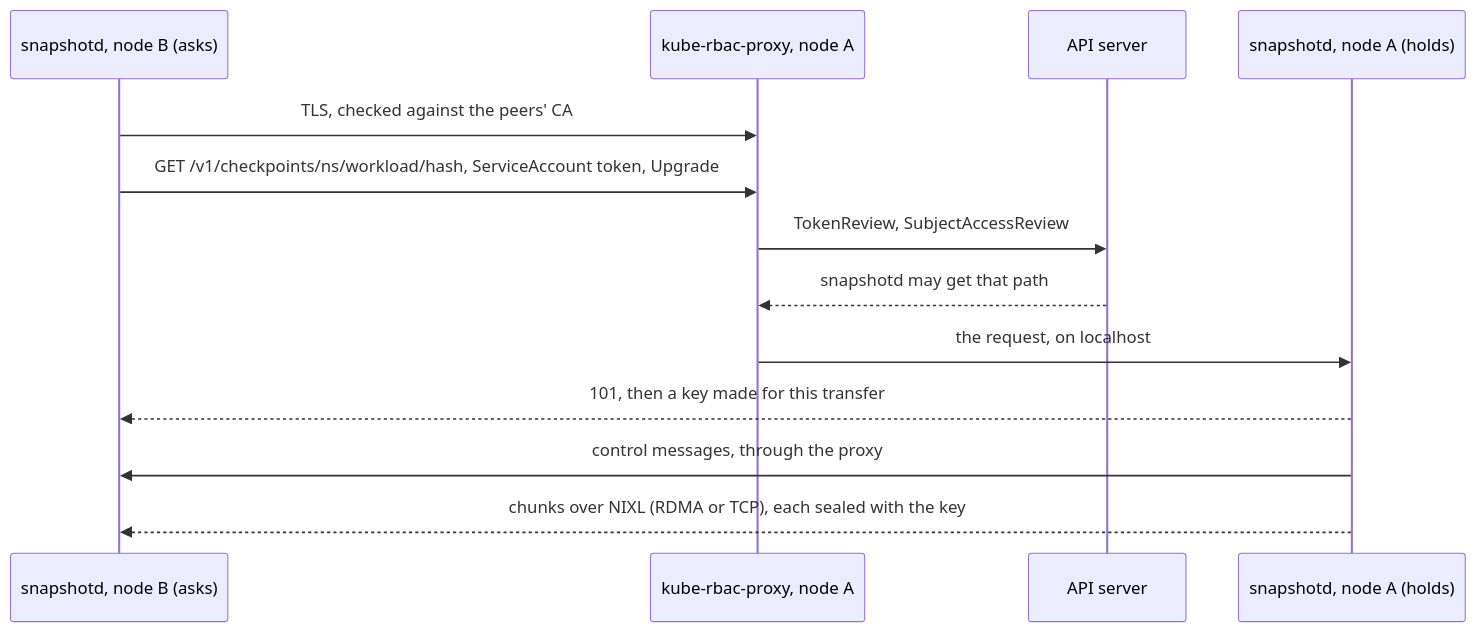
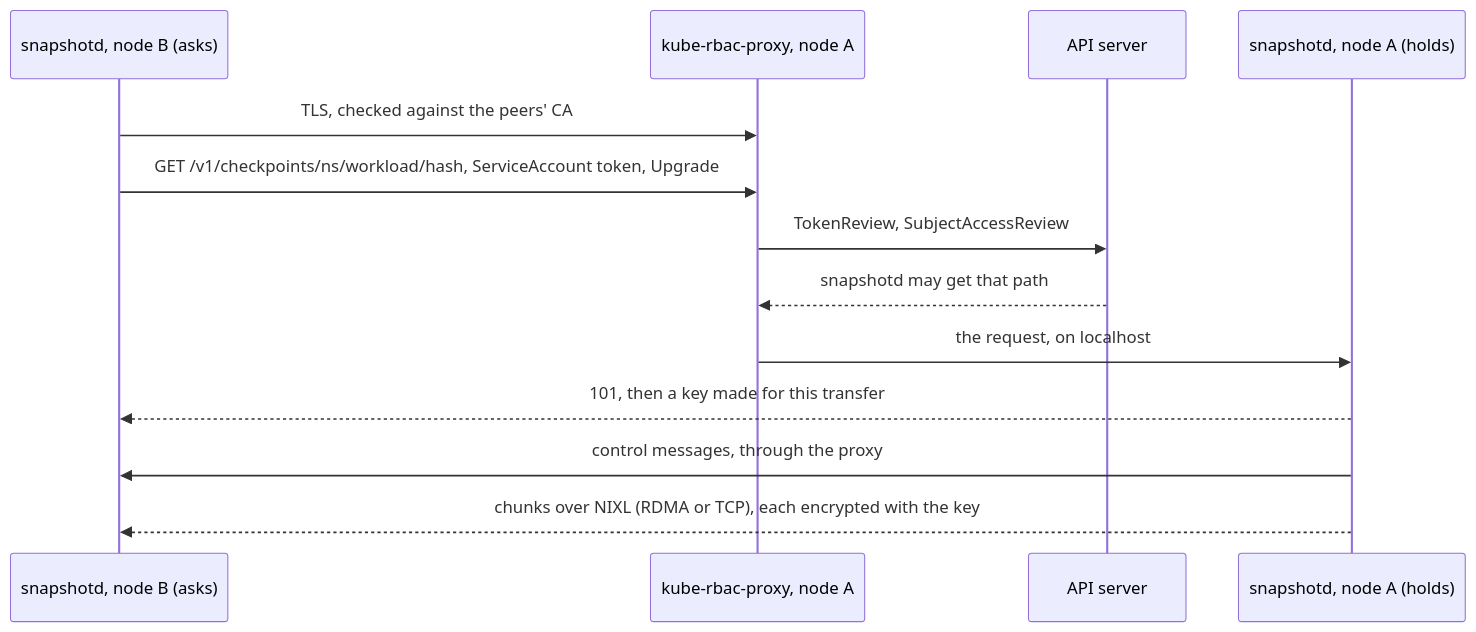
The second of 2 diagrams in docs/orchestration.md (wseaton/kserve-snapshot-poc), drawn with Mermaid before and after one commit. The commit also changed other lines of this file and 4 other files, not shown here.

````diff
--- a/docs/orchestration.md
+++ b/docs/orchestration.md
@@ -86,15 +86,15 @@
 ```mermaid
 sequenceDiagram
   participant A as snapshotd, node B (asks)
   participant P as kube-rbac-proxy, node A
   participant K as API server
   participant H as snapshotd, node A (holds)
   A->>P: TLS, checked against the peers' CA
   A->>P: GET /v1/checkpoints/ns/workload/hash, ServiceAccount token, Upgrade
   P->>K: TokenReview, SubjectAccessReview
   K-->>P: snapshotd may get that path
   P->>H: the request, on localhost
   H-->>A: 101, then a key made for this transfer
   H->>A: control messages, through the proxy
-  H-->>A: chunks over NIXL (RDMA or TCP), each sealed with the key
+  H-->>A: chunks over NIXL (RDMA or TCP), each encrypted with the key
 ```
````
